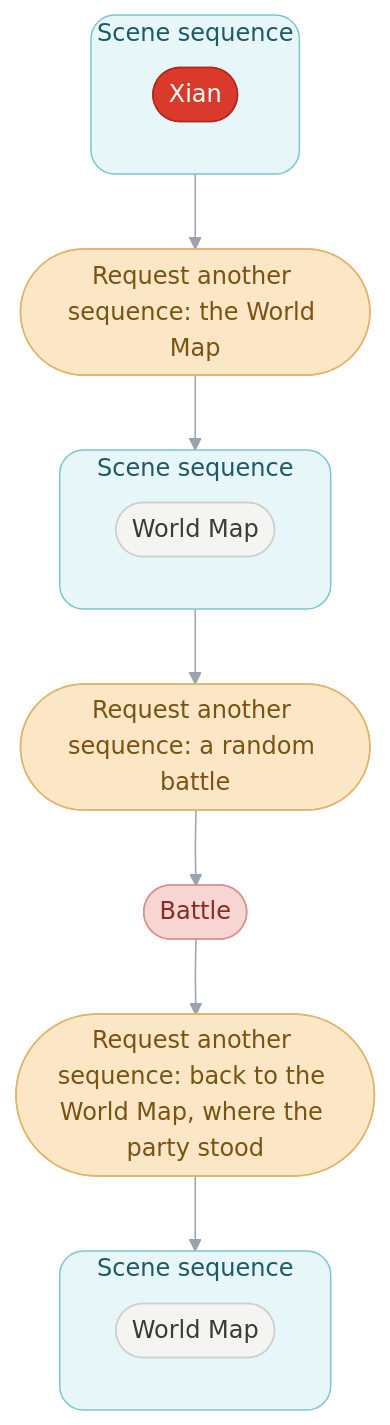
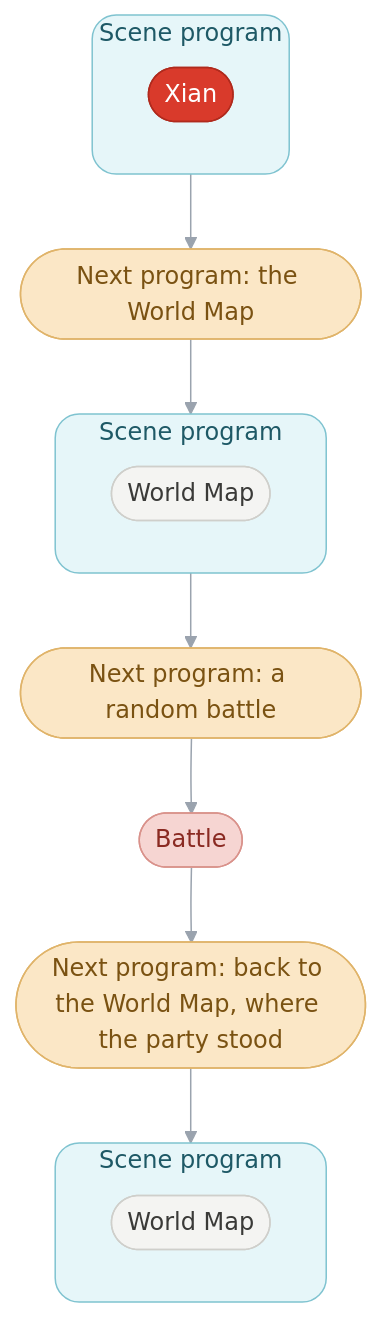
The fourth of 9 diagrams in games/tbs/README.md (PascalPixel/alchemy), drawn with Mermaid before and after one commit. The commit also changed other lines of this file and 31 other files, not shown here.

````diff
--- a/games/tbs/README.md
+++ b/games/tbs/README.md
@@ -133,32 +133,32 @@
 ```mermaid
 %%{init: {"theme": "base", "themeVariables": {"lineColor": "#9AA3AE", "edgeLabelBackground": "#FFFFFF"}, "flowchart": {"curve": "basis", "padding": 12}}}%%
 flowchart TD
-  subgraph s1 ["Scene sequence"]
+  subgraph s1 ["Scene program"]
     xian(["Xian"])
   end
-  s1 --> ask1(["Request another sequence: the World Map"])
+  s1 --> ask1(["Next program: the World Map"])
   ask1 --> s2
-  subgraph s2 ["Scene sequence"]
+  subgraph s2 ["Scene program"]
     world(["World Map"])
   end
-  s2 --> ask2(["Request another sequence: a random battle"])
-  ask2 --> battle(["Battle"]) --> ask3(["Request another sequence: back to the World Map, where the party stood"])
+  s2 --> ask2(["Next program: a random battle"])
+  ask2 --> battle(["Battle"]) --> ask3(["Next program: back to the World Map, where the party stood"])
   ask3 --> s3
-  subgraph s3 ["Scene sequence"]
+  subgraph s3 ["Scene program"]
     again(["World Map"])
   end
-  classDef sequenceManager fill:#DDE3EC,stroke:#8FA0B8,color:#2E3C50
-  classDef sceneSequence fill:#D2EEF3,stroke:#7FC3D0,color:#1E5966
+  classDef monitor fill:#DDE3EC,stroke:#8FA0B8,color:#2E3C50
+  classDef sceneProgram fill:#D2EEF3,stroke:#7FC3D0,color:#1E5966
   classDef battle fill:#F6D5D2,stroke:#D9928B,color:#8A2A22
   classDef sceneManager fill:#D3EBD9,stroke:#8DC49E,color:#25603A
   classDef request fill:#FBE7C6,stroke:#E0B46A,color:#7A5212
   classDef place fill:#D93A2B,stroke:#B02A1D,color:#FFFFFF
   classDef step fill:#F4F4F2,stroke:#CFCFCB,color:#3A3A38
   class xian place
   class world,again step
   class ask1,ask2,ask3 request
   class battle battle
   style s1 fill:#E6F6F9,stroke:#7FC3D0,color:#1E5966,rx:16,ry:16
   style s2 fill:#E6F6F9,stroke:#7FC3D0,color:#1E5966,rx:16,ry:16
   style s3 fill:#E6F6F9,stroke:#7FC3D0,color:#1E5966,rx:16,ry:16
 ```
````
